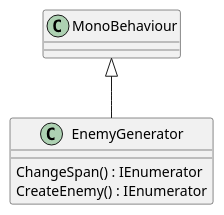
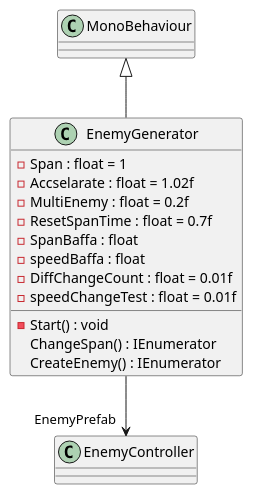
The diagram in Assets/Scripts/plantuml/Enemys/EnemyGenerator.puml (202004g07/UnityShooting), drawn with PlantUML before and after one commit. The commit also changed 23 other files, not shown here.

```diff
--- a/Assets/Scripts/plantuml/Enemys/EnemyGenerator.puml
+++ b/Assets/Scripts/plantuml/Enemys/EnemyGenerator.puml
@@ -1,7 +1,17 @@
 @startuml
 class EnemyGenerator {
+    - Span : float = 1
+    - Accselarate : float = 1.02f
+    - MultiEnemy : float = 0.2f
+    - ResetSpanTime : float = 0.7f
+    - SpanBaffa : float
+    - speedBaffa : float
+    - DiffChangeCount : float = 0.01f
+    - speedChangeTest : float = 0.01f
+    - Start() : void
     ChangeSpan() : IEnumerator
     CreateEnemy() : IEnumerator
 }
 MonoBehaviour <|-- EnemyGenerator
+EnemyGenerator --> "EnemyPrefab" EnemyController
 @enduml
```
